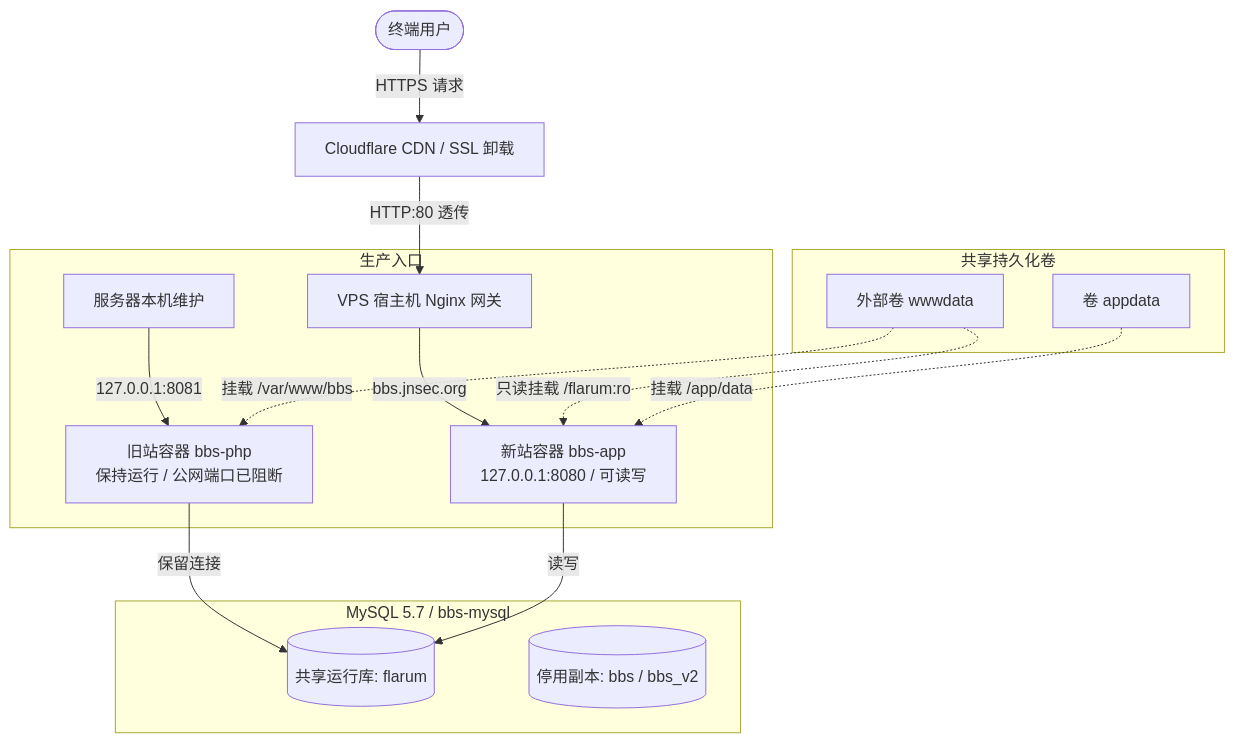
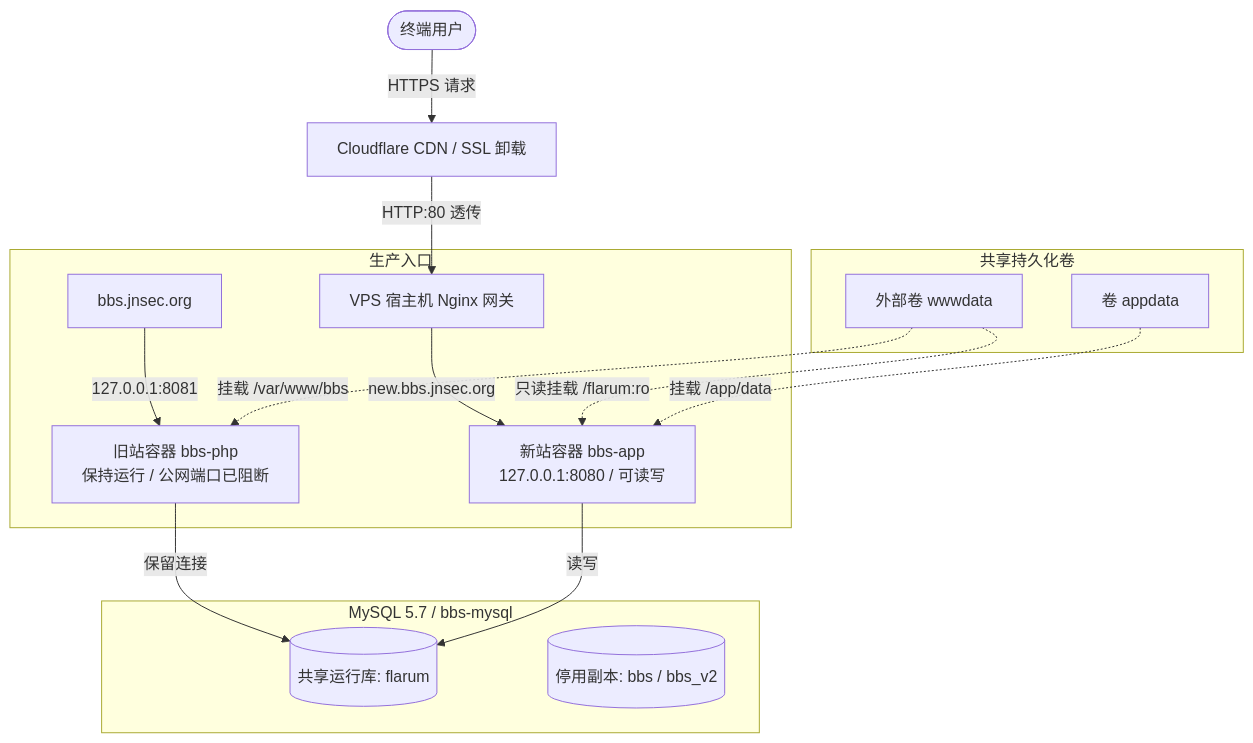
Before and after one commit to exzco/jnsecBBS: the third of 3 diagrams in README.md, drawn with Mermaid. The commit also changed other lines of this file, not shown here.

````diff
--- a/README.md
+++ b/README.md
@@ -115,23 +114,23 @@
 ```mermaid
 flowchart TD
     User([终端用户]) -->|HTTPS 请求| Cloudflare[Cloudflare CDN / SSL 卸载]
     
     Cloudflare -->|HTTP:80 透传| Nginx[VPS 宿主机 Nginx 网关]
     
     subgraph DomainRouting [生产入口]
-        Nginx -->|bbs.jnsec.org| GoApp[新站容器 bbs-app<br/>127.0.0.1:8080 / 可读写]
-        Operator[服务器本机维护] -->|127.0.0.1:8081| PHPApp[旧站容器 bbs-php<br/>保持运行 / 公网端口已阻断]
+        Nginx -->|new.bbs.jnsec.org| GoApp[新站容器 bbs-app<br/>127.0.0.1:8080 / 可读写]
+        Operator[bbs.jnsec.org] -->|127.0.0.1:8081| PHPApp[旧站容器 bbs-php<br/>保持运行 / 公网端口已阻断]
     end
     
     subgraph DataStorage [MySQL 5.7 / bbs-mysql]
         PHPApp -->|保留连接| DB_Flarum[(共享运行库: flarum)]
         GoApp -->|读写| DB_Flarum
         Inactive[(停用副本: bbs / bbs_v2)]
     end
 
     subgraph Volumes [共享持久化卷]
         Vol_WWW[外部卷 wwwdata] -.->|挂载 /var/www/bbs| PHPApp
         Vol_WWW -.->|只读挂载 /flarum:ro| GoApp
         Vol_App[卷 appdata] -.->|挂载 /app/data| GoApp
     end
 ```
````
